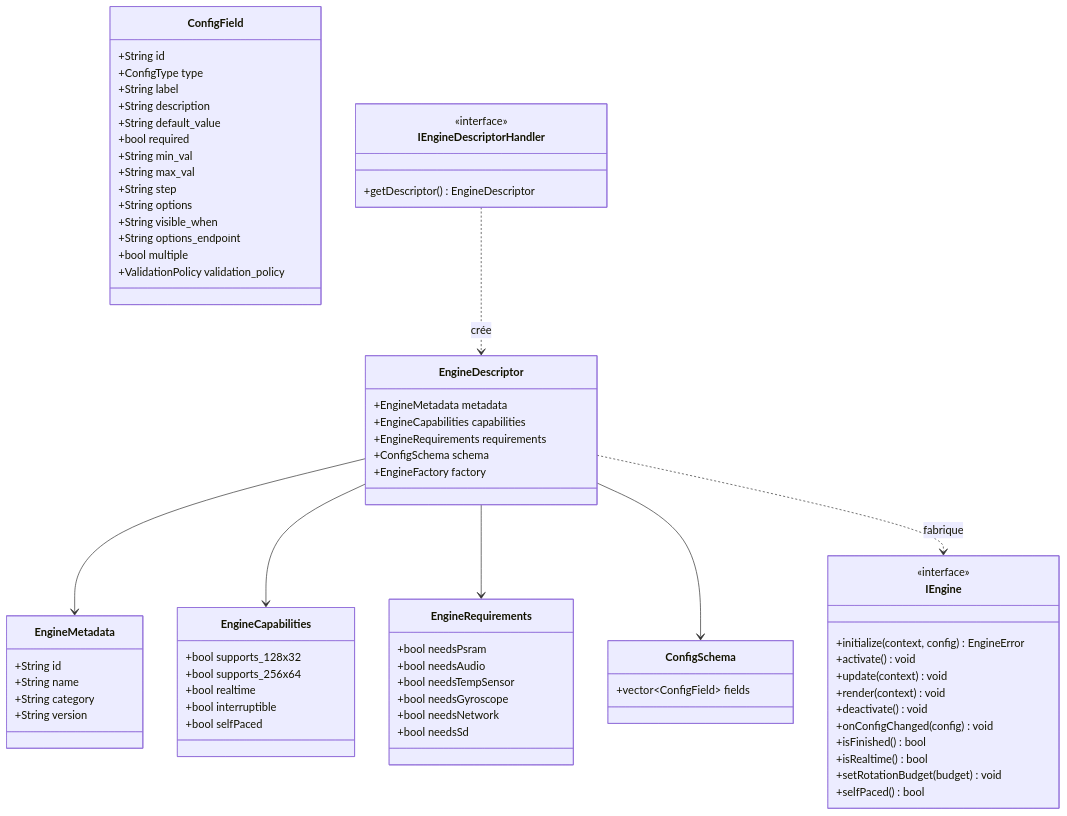
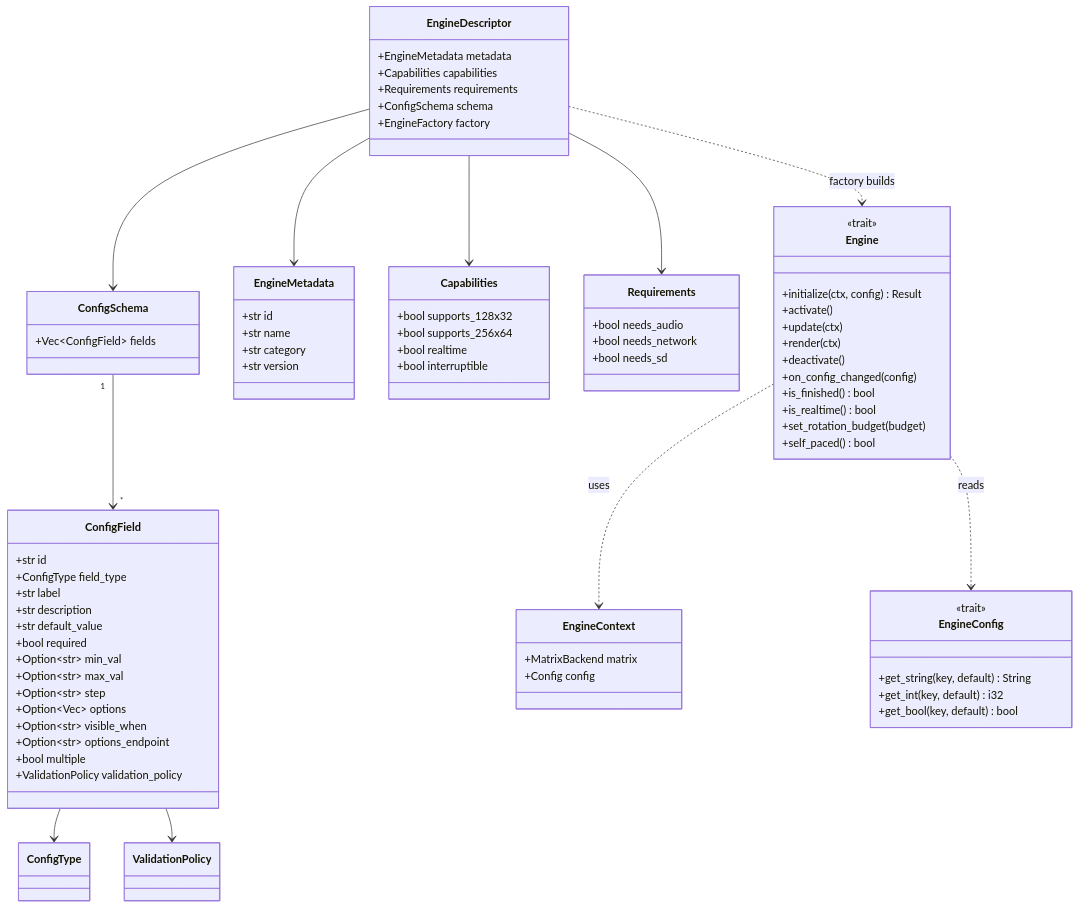
Before and after one commit to red77290/ArcadeMatrix: the second of 15 diagrams in docs/ARCHITECTURE_FR.md, drawn with Mermaid. The commit also changed other lines of this file and 16 other files, not shown here.

````diff
--- a/docs/ARCHITECTURE_FR.md
+++ b/docs/ARCHITECTURE_FR.md
@@ -86,81 +90,88 @@
 ```mermaid
 classDiagram
-    class IEngine {
-        <<interface>>
-        +initialize(context, config) EngineError
-        +activate() void
-        +update(context) void
-        +render(context) void
-        +deactivate() void
-        +onConfigChanged(config) void
-        +isFinished() bool
-        +isRealtime() bool
-        +setRotationBudget(budget) void
-        +selfPaced() bool
+    class Engine {
+        <<trait>>
+        +initialize(ctx, config) Result
+        +activate()
+        +update(ctx)
+        +render(ctx)
+        +deactivate()
+        +on_config_changed(config)
+        +is_finished() bool
+        +is_realtime() bool
+        +set_rotation_budget(budget)
+        +self_paced() bool
     }
 
     class EngineDescriptor {
         +EngineMetadata metadata
-        +EngineCapabilities capabilities
-        +EngineRequirements requirements
+        +Capabilities capabilities
+        +Requirements requirements
         +ConfigSchema schema
         +EngineFactory factory
     }
 
     class EngineMetadata {
-        +String id
-        +String name
-        +String category
-        +String version
+        +str id
+        +str name
+        +str category
+        +str version
     }
 
-    class EngineCapabilities {
+    class Capabilities {
         +bool supports_128x32
         +bool supports_256x64
         +bool realtime
         +bool interruptible
-        +bool selfPaced
     }
 
-    class EngineRequirements {
-        +bool needsPsram
-        +bool needsAudio
-        +bool needsTempSensor
-        +bool needsGyroscope
-        +bool needsNetwork
-        +bool needsSd
+    class Requirements {
+        +bool needs_audio
+        +bool needs_network
+        +bool needs_sd
     }
 
     class ConfigSchema {
-        +vector~ConfigField~ fields
+        +Vec~ConfigField~ fields
     }
 
     class ConfigField {
-        +String id
-        +ConfigType type
-        +String label
-        +String description
-        +String default_value
+        +str id
+        +ConfigType field_type
+        +str label
+        +str description
+        +str default_value
         +bool required
-        +String min_val
-        +String max_val
-        +String step
-        +String options
-        +String visible_when
-        +String options_endpoint
+        +Option~str~ min_val
+        +Option~str~ max_val
+        +Option~str~ step
+        +Option~Vec~ options
+        +Option~str~ visible_when
+        +Option~str~ options_endpoint
         +bool multiple
         +ValidationPolicy validation_policy
     }
 
-    class IEngineDescriptorHandler {
-        <<interface>>
-        +getDescriptor() EngineDescriptor
+    class EngineContext {
+        +MatrixBackend matrix
+        +Config config
+    }
+
+    class EngineConfig {
+        <<trait>>
+        +get_string(key, default) String
+        +get_int(key, default) i32
+        +get_bool(key, default) bool
     }
 
     EngineDescriptor --> EngineMetadata
-    EngineDescriptor --> EngineCapabilities
-    EngineDescriptor --> EngineRequirements
+    EngineDescriptor --> Capabilities
+    EngineDescriptor --> Requirements
     EngineDescriptor --> ConfigSchema
-    EngineDescriptor ..> IEngine : fabrique
-    IEngineDescriptorHandler ..> EngineDescriptor : crée
+    EngineDescriptor ..> Engine : factory builds
+    ConfigSchema "1" --> "*" ConfigField
+    ConfigField --> ConfigType
+    ConfigField --> ValidationPolicy
+    Engine ..> EngineContext : uses
+    Engine ..> EngineConfig : reads
 ```
````
